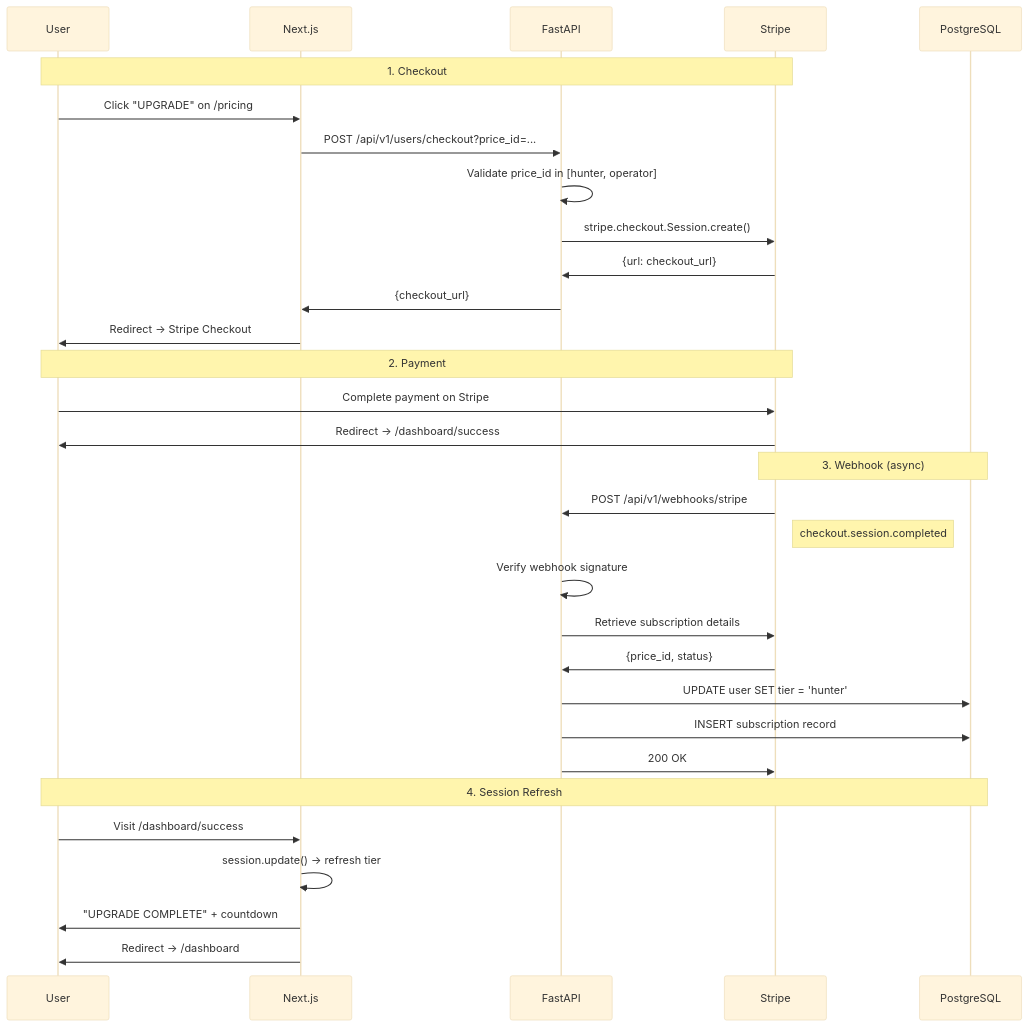
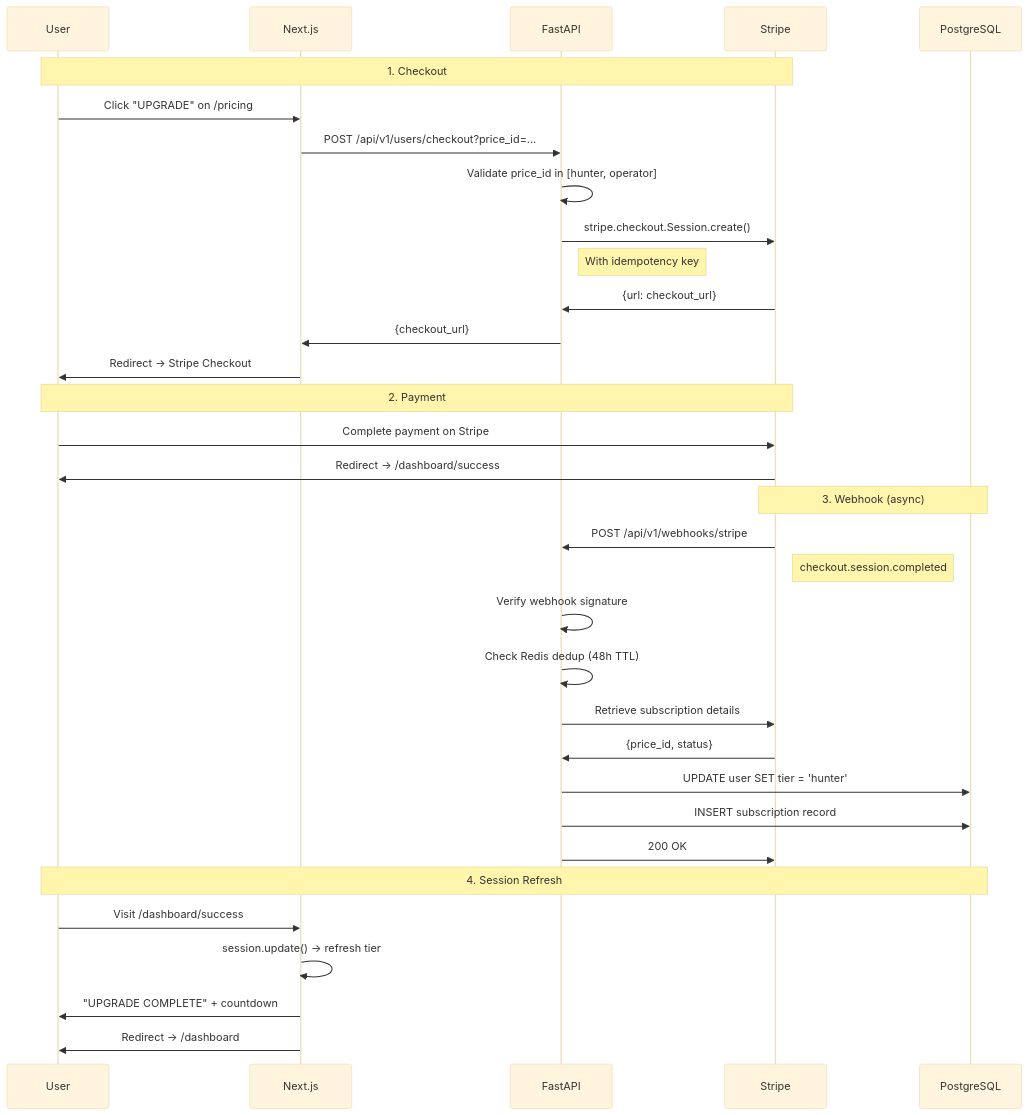
Before and after one commit to nabz0r/deadinternet.report: the fifth of 10 diagrams in docs/ARCHITECTURE.md, drawn with Mermaid (base theme). The commit also changed other lines of this file and 3 other files, not shown here.

````diff
--- a/docs/ARCHITECTURE.md
+++ b/docs/ARCHITECTURE.md
@@ -166,37 +213,39 @@
 ```mermaid
 sequenceDiagram
     participant U as User
     participant N as Next.js
     participant F as FastAPI
     participant S as Stripe
     participant DB as PostgreSQL
 
     Note over U,S: 1. Checkout
     U->>N: Click "UPGRADE" on /pricing
     N->>F: POST /api/v1/users/checkout?price_id=...
     F->>F: Validate price_id in [hunter, operator]
     F->>S: stripe.checkout.Session.create()
+    Note right of F: With idempotency key
     S->>F: {url: checkout_url}
     F->>N: {checkout_url}
     N->>U: Redirect -> Stripe Checkout
 
     Note over U,S: 2. Payment
     U->>S: Complete payment on Stripe
     S->>U: Redirect -> /dashboard/success
 
     Note over S,DB: 3. Webhook (async)
     S->>F: POST /api/v1/webhooks/stripe
     Note right of S: checkout.session.completed
     F->>F: Verify webhook signature
+    F->>F: Check Redis dedup (48h TTL)
     F->>S: Retrieve subscription details
     S->>F: {price_id, status}
     F->>DB: UPDATE user SET tier = 'hunter'
     F->>DB: INSERT subscription record
     F->>S: 200 OK
 
     Note over U,DB: 4. Session Refresh
     U->>N: Visit /dashboard/success
     N->>N: session.update() -> refresh tier
     N->>U: "UPGRADE COMPLETE" + countdown
     N->>U: Redirect -> /dashboard
 ```
````
